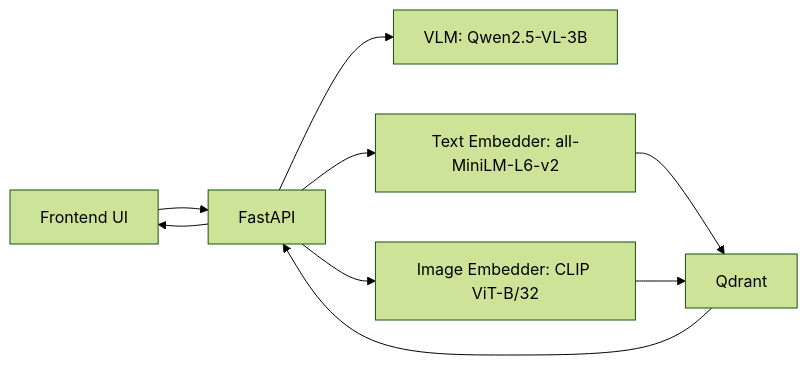
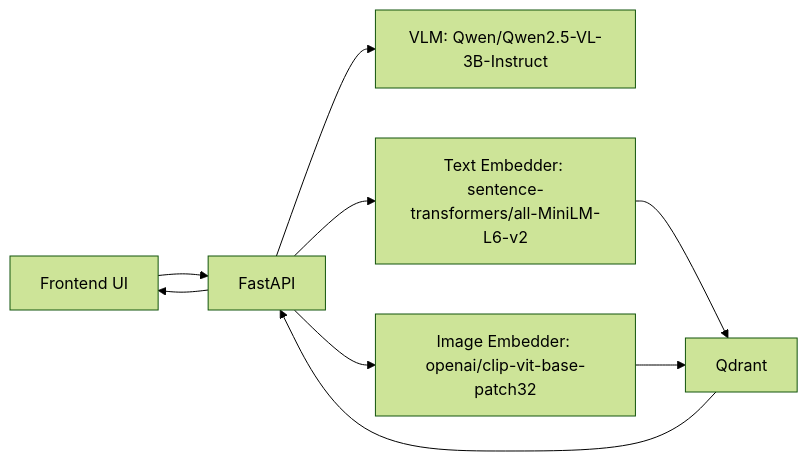
One commit to seth-woo/mkrs-optional-memory changed the first of 3 diagrams in README.md. Above: the diagram before and after it, drawn with Mermaid (forest theme). The commit also changed other lines of this file, not shown here.

````diff
--- a/README.md
+++ b/README.md
@@ -60,11 +68,11 @@
 ```mermaid
 flowchart LR
     A[Frontend UI] --> B[FastAPI]
-    B --> C[VLM: Qwen2.5-VL-3B]
-    B --> D[Text Embedder: all-MiniLM-L6-v2]
-    B --> E[Image Embedder: CLIP ViT-B/32]
+    B --> C[VLM: Qwen/Qwen2.5-VL-3B-Instruct]
+    B --> D[Text Embedder: sentence-transformers/all-MiniLM-L6-v2]
+    B --> E[Image Embedder: openai/clip-vit-base-patch32]
     D --> F[Qdrant]
     E --> F
     F --> B
     B --> A
 ```
````
